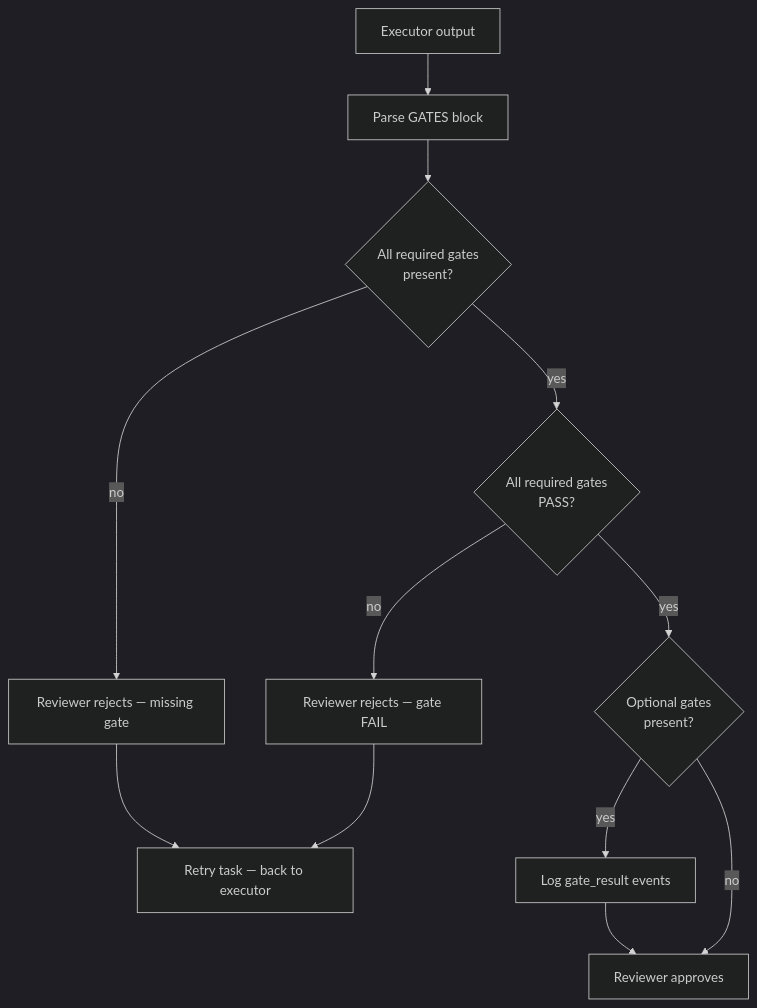
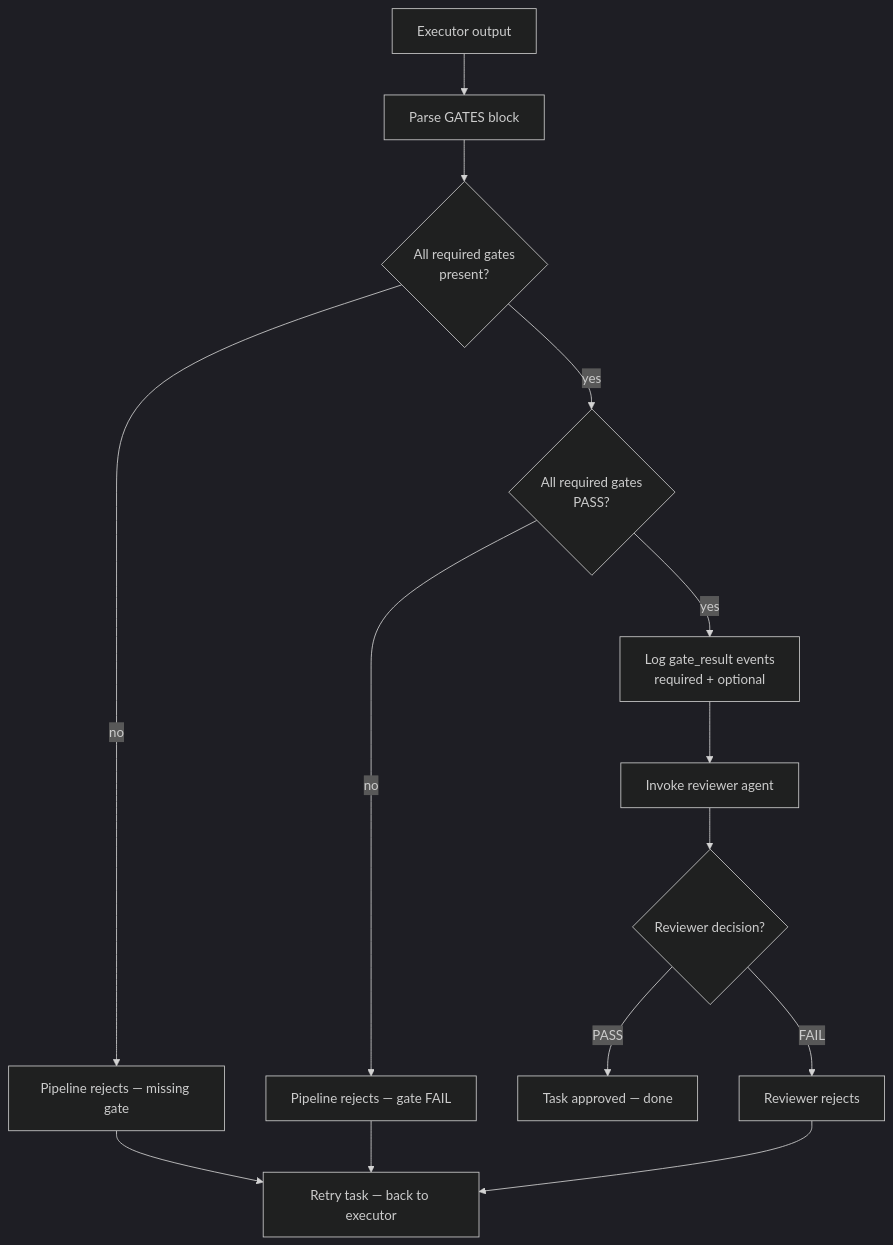
Before and after one commit to opus-domini/praetor: the eighth of 8 diagrams in docs/orchestration.md, drawn with Mermaid. The commit also changed other lines of this file and 1 other file, not shown here.

First line of the commit message:
fix: correct all orchestration diagrams against actual implementation

````diff
--- a/docs/orchestration.md
+++ b/docs/orchestration.md
@@ -396,18 +468,20 @@
 ```mermaid
 ---
 config:
   theme: dark
 ---
 flowchart TD
     A[Executor output] --> B[Parse GATES block]
-    B --> C{All required gates<br/>present?}
-    C -- no --> D[Reviewer rejects — missing gate]
-    C -- yes --> E{All required gates<br/>PASS?}
-    E -- no --> F[Reviewer rejects — gate FAIL]
-    E -- yes --> G{Optional gates<br/>present?}
-    G -- yes --> H[Log gate_result events]
-    G -- no --> I[Reviewer approves]
-    H --> I
-    D --> J[Retry task — back to executor]
-    F --> J
+    B --> C{All required gates<br>present?}
+    C -- no --> D[Pipeline rejects — missing gate]
+    C -- yes --> E{All required gates<br>PASS?}
+    E -- no --> F[Pipeline rejects — gate FAIL]
+    E -- yes --> G[Log gate_result events<br>required + optional]
+    G --> H[Invoke reviewer agent]
+    H --> I{Reviewer decision?}
+    I -- PASS --> J[Task approved — done]
+    I -- FAIL --> K[Reviewer rejects]
+    D --> L[Retry task — back to executor]
+    F --> L
+    K --> L
 ```
````
